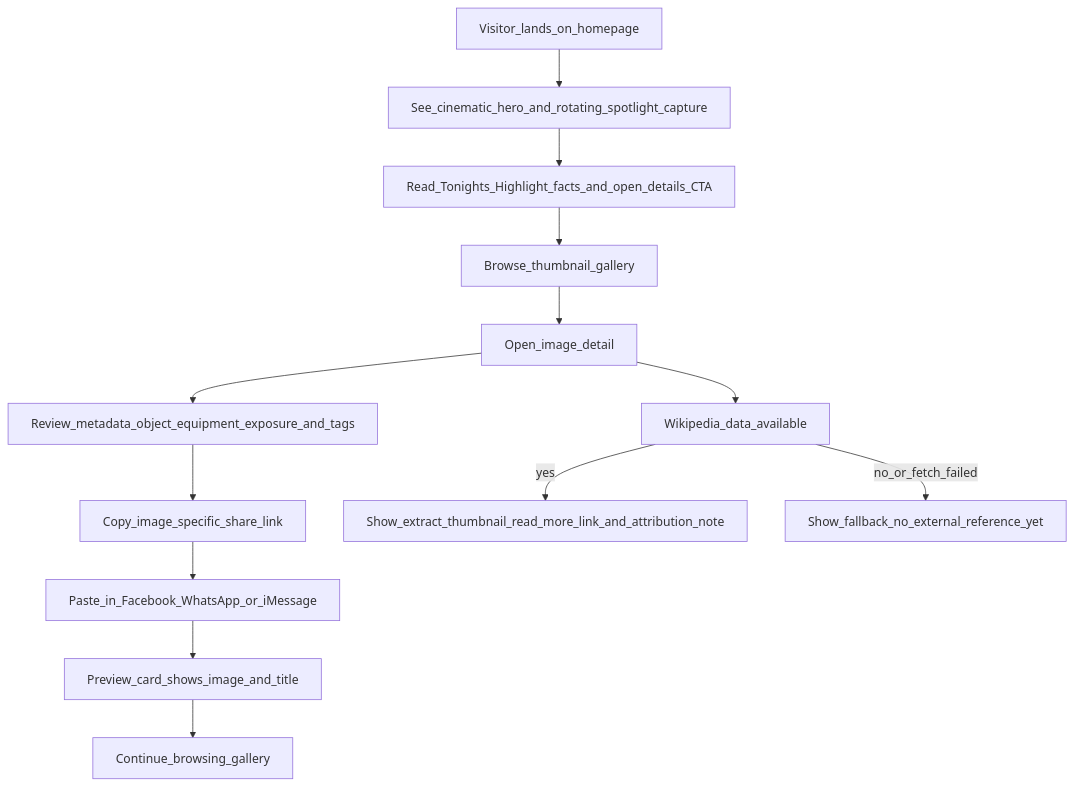
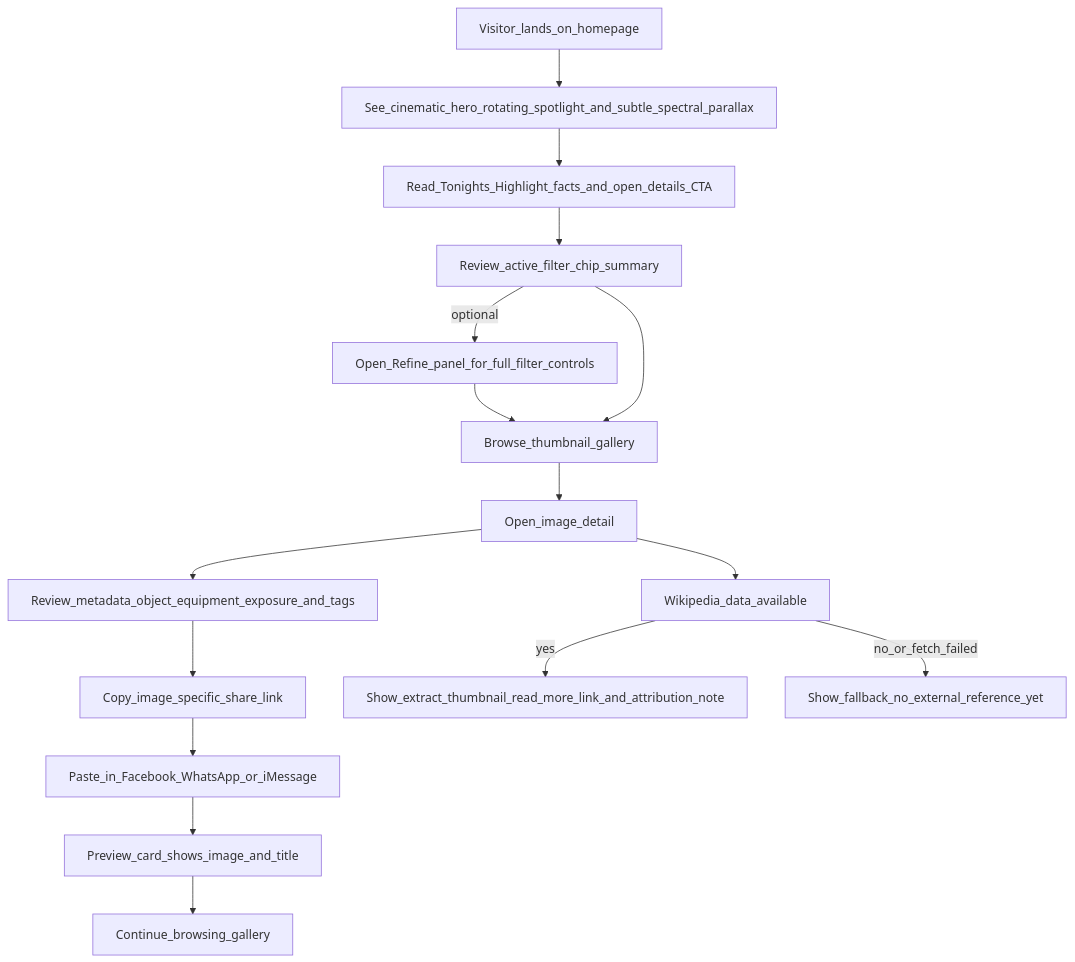
Before and after one commit to smeird/images: the first of 3 diagrams in README.md, drawn with Mermaid. The commit also changed other lines of this file and 3 other files, not shown here.

Commit message:
Add spectral hero parallax and chip-first filter refine UX\n\nREADME and Mermaid diagrams reviewed/updated for landing flow + architecture changes.

````diff
--- a/README.md
+++ b/README.md
@@ -142,15 +143,18 @@
 ```mermaid
 flowchart TD
-  Visitor_lands_on_homepage --> See_cinematic_hero_and_rotating_spotlight_capture
-  See_cinematic_hero_and_rotating_spotlight_capture --> Read_Tonights_Highlight_facts_and_open_details_CTA
-  Read_Tonights_Highlight_facts_and_open_details_CTA --> Browse_thumbnail_gallery
+  Visitor_lands_on_homepage --> See_cinematic_hero_rotating_spotlight_and_subtle_spectral_parallax
+  See_cinematic_hero_rotating_spotlight_and_subtle_spectral_parallax --> Read_Tonights_Highlight_facts_and_open_details_CTA
+  Read_Tonights_Highlight_facts_and_open_details_CTA --> Review_active_filter_chip_summary
+  Review_active_filter_chip_summary -->|optional| Open_Refine_panel_for_full_filter_controls
+  Open_Refine_panel_for_full_filter_controls --> Browse_thumbnail_gallery
+  Review_active_filter_chip_summary --> Browse_thumbnail_gallery
   Browse_thumbnail_gallery --> Open_image_detail
   Open_image_detail --> Review_metadata_object_equipment_exposure_and_tags
   Review_metadata_object_equipment_exposure_and_tags --> Copy_image_specific_share_link
   Copy_image_specific_share_link --> Paste_in_Facebook_WhatsApp_or_iMessage
   Paste_in_Facebook_WhatsApp_or_iMessage --> Preview_card_shows_image_and_title
   Preview_card_shows_image_and_title --> Continue_browsing_gallery
   Open_image_detail --> Wikipedia_data_available
   Wikipedia_data_available -->|yes| Show_extract_thumbnail_read_more_link_and_attribution_note
   Wikipedia_data_available -->|no_or_fetch_failed| Show_fallback_no_external_reference_yet
 ```
````
